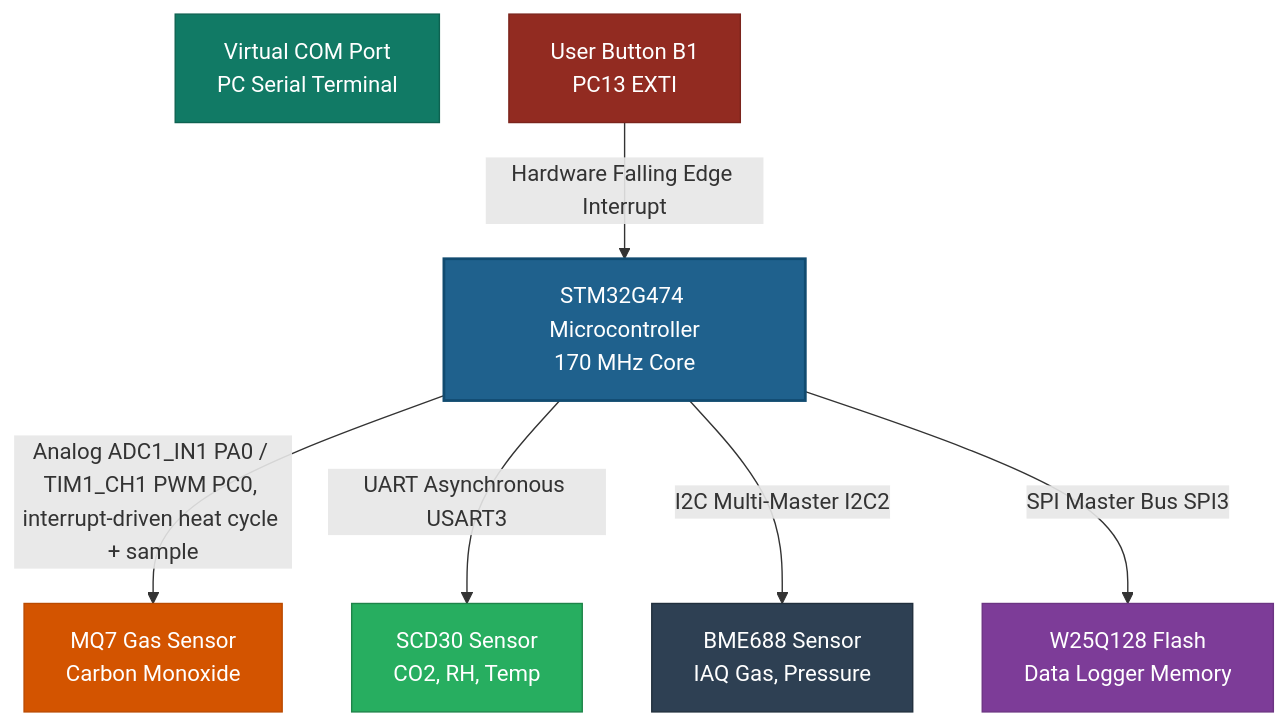
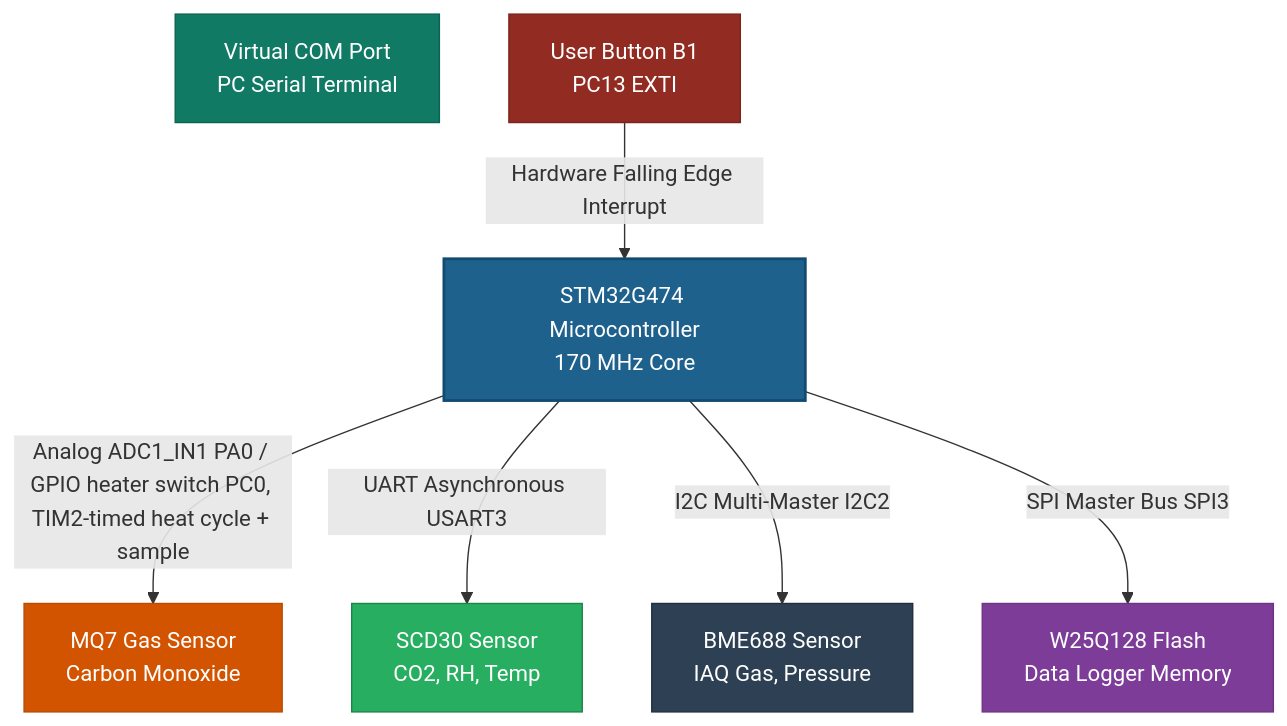
Before and after one commit to yuvalkuck/metallic-bear: the first of 2 diagrams in README.md, drawn with Mermaid. The commit also changed other lines of this file and 1 other file, not shown here.

````diff
--- a/README.md
+++ b/README.md
@@ -9,27 +9,27 @@
 ```mermaid
 graph TD
     %% Node Definitions
     MCU[STM32G474 Microcontroller<br>170 MHz Core]
     MQ7[MQ7 Gas Sensor<br>Carbon Monoxide]
     SCD30[SCD30 Sensor<br>CO2, RH, Temp]
     BME688[BME688 Sensor<br>IAQ Gas, Pressure]
     W25Q[W25Q128 Flash<br>Data Logger Memory]
     VCP[Virtual COM Port<br>PC Serial Terminal]
     B1[User Button B1<br>PC13 EXTI]
 
     %% Hardware Connections
-    MCU -->|Analog ADC1_IN1 PA0 / TIM1_CH1 PWM PC0, interrupt-driven heat cycle + sample| MQ7
+    MCU -->|Analog ADC1_IN1 PA0 / GPIO heater switch PC0, TIM2-timed heat cycle + sample| MQ7
     MCU -->|UART Asynchronous USART3| SCD30
     MCU -->|I2C Multi-Master I2C2| BME688
     MCU -->|SPI Master Bus SPI3| W25Q
     B1 -->|Hardware Falling Edge Interrupt| MCU
 
     %% Styling Elements
     style MCU fill:#1f618d,stroke:#114b70,stroke-width:2px,color:#fff
     style MQ7 fill:#d35400,stroke:#ba4a00,stroke-width:1px,color:#fff
     style SCD30 fill:#27ae60,stroke:#1e8449,stroke-width:1px,color:#fff
     style BME688 fill:#2e4053,stroke:#212f3d,stroke-width:1px,color:#fff
     style W25Q fill:#7d3c98,stroke:#6c3483,stroke-width:1px,color:#fff
     style VCP fill:#117a65,stroke:#0e6251,stroke-width:1px,color:#fff
     style B1 fill:#922b21,stroke:#7b241c,stroke-width:1px,color:#fff
 ```
````
